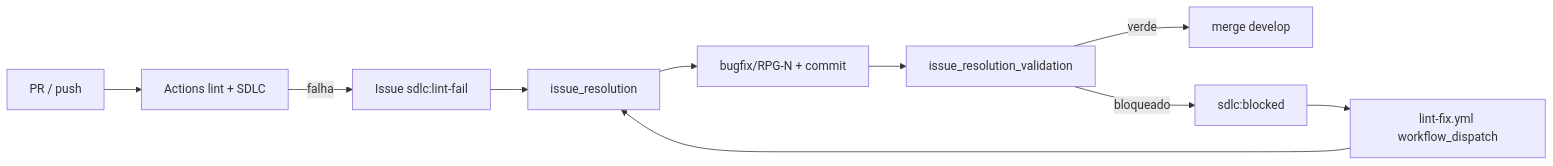
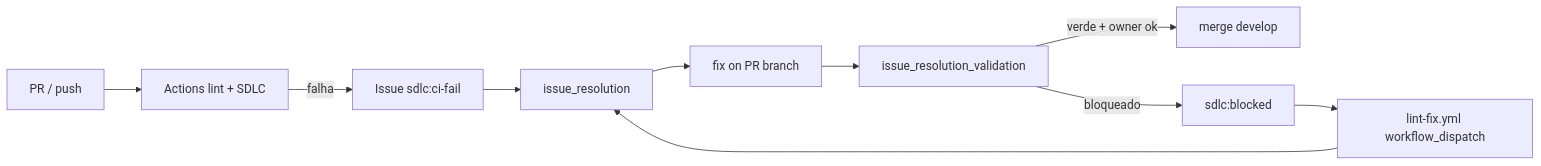
Before and after one commit to DiegoCrassus/sdlc-ai: the diagram in .sdlc/workflows/lint-bug-resolution.md, drawn with Mermaid. The commit also changed other lines of this file and 52 other files, not shown here.

````diff
--- a/.sdlc/workflows/lint-bug-resolution.md
+++ b/.sdlc/workflows/lint-bug-resolution.md
@@ -5,12 +5,12 @@
 ```mermaid
 flowchart LR
     PR[PR / push] --> CI[Actions lint + SDLC]
-    CI -->|falha| ISS[Issue sdlc:lint-fail]
+    CI -->|falha| ISS[Issue sdlc:ci-fail]
     ISS --> RES[issue_resolution]
-    RES --> FIX[bugfix/RPG-N + commit]
+    RES --> FIX[fix on PR branch]
     FIX --> VAL[issue_resolution_validation]
-    VAL -->|verde| MERGE[merge develop]
+    VAL -->|verde + owner ok| MERGE[merge develop]
     VAL -->|bloqueado| BLOCK[sdlc:blocked]
     BLOCK --> BOT[lint-fix.yml workflow_dispatch]
     BOT --> RES
 ```
````
